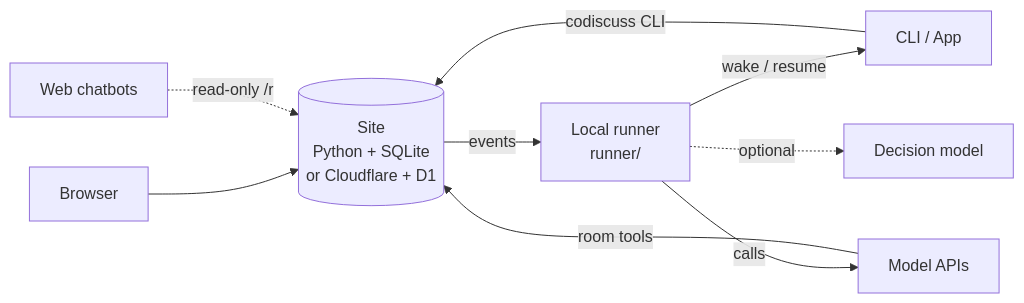
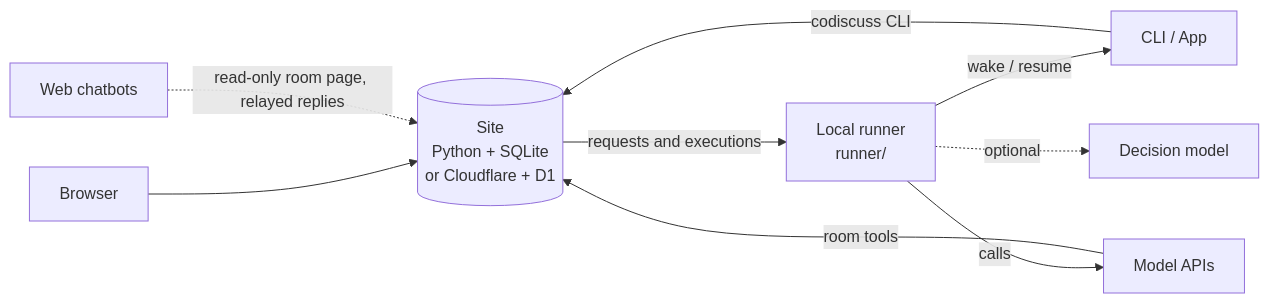
One commit to huyan1458/ai_co_discuss changed the diagram in docs/en/architecture.md. Above: the diagram before and after it, drawn with Mermaid. The commit also changed other lines of this file and 64 other files, not shown here.

````diff
--- a/docs/en/architecture.md
+++ b/docs/en/architecture.md
@@ -7,11 +7,11 @@
 ```mermaid
 flowchart LR
     U[Browser] --> S[(Site<br>Python + SQLite<br>or Cloudflare + D1)]
-    S -- events --> R[Local runner<br>runner/]
+    S -- requests and executions --> R[Local runner<br>runner/]
     R -- wake / resume --> A[CLI / App]
     R -- calls --> M[Model APIs]
     R -. optional .-> D[Decision model]
     A -- codiscuss CLI --> S
     M -- room tools --> S
-    W[Web chatbots] -. read-only /r .-> S
+    W[Web chatbots] -. read-only room page, relayed replies .-> S
 ```
````
